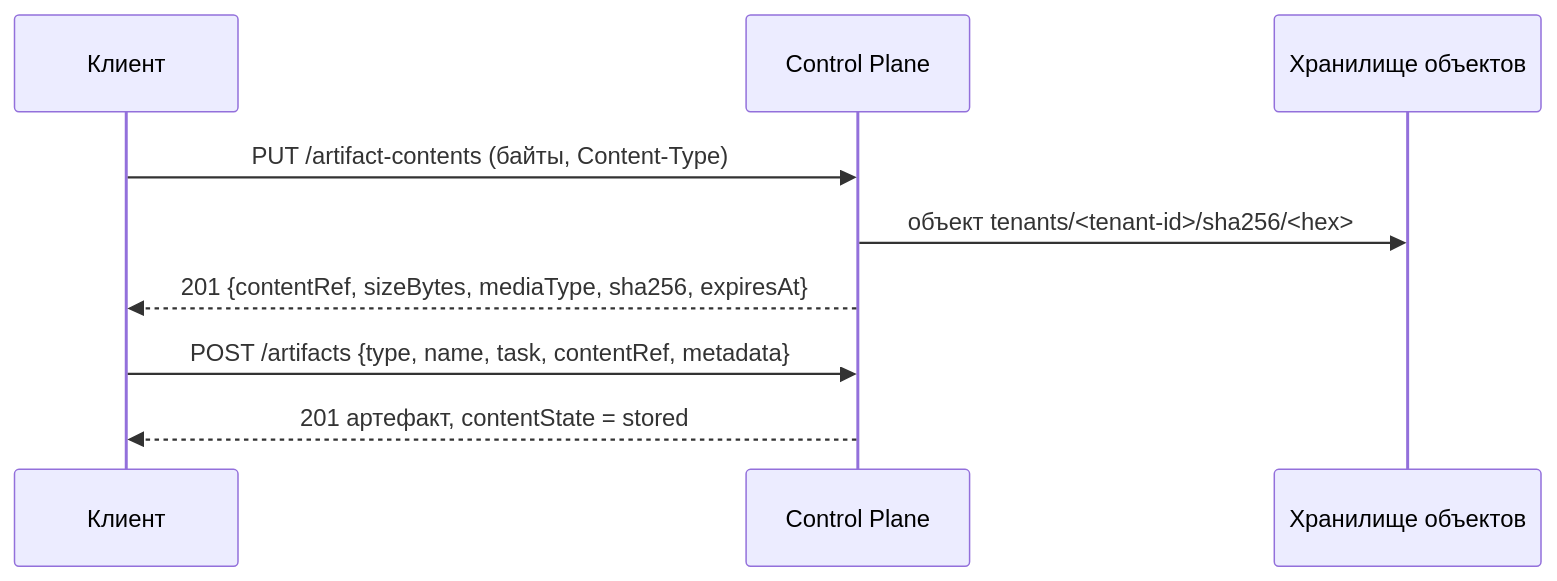
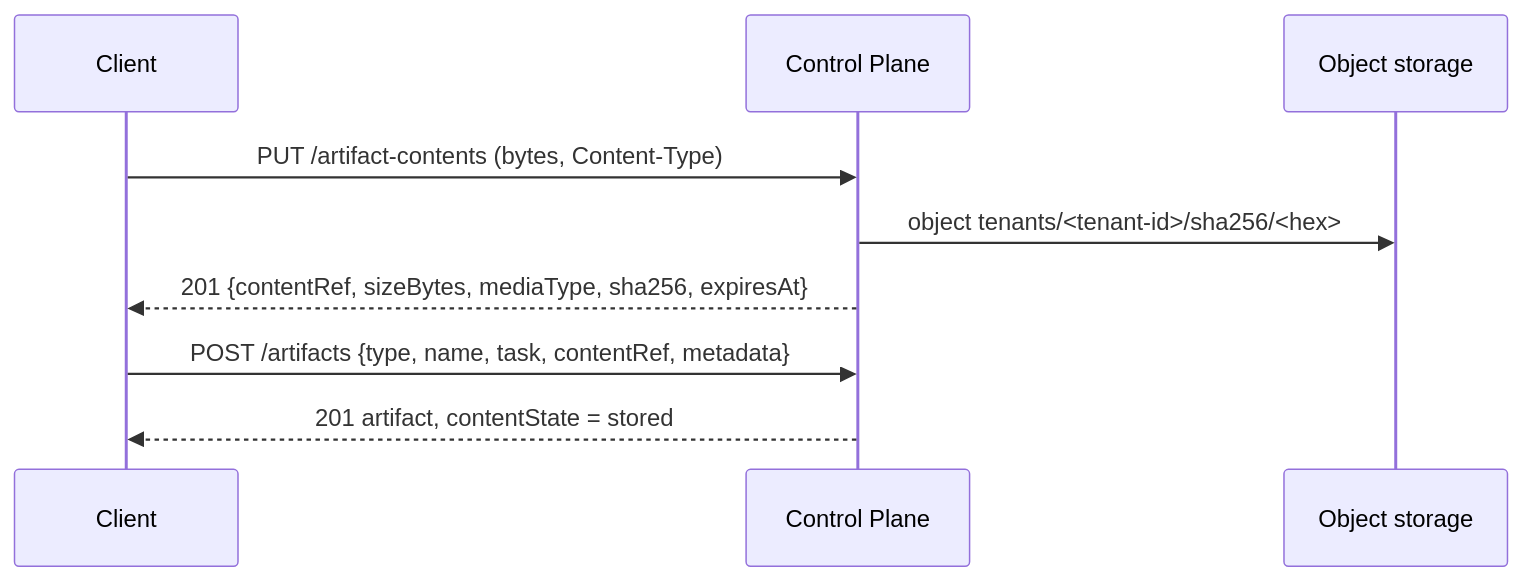
The second of 2 diagrams in guide/docs/control-plane/artifacts.md (monthu56/taimen), drawn with Mermaid before and after one commit. The commit also changed other lines of this file and 183 other files, not shown here.

````diff
--- a/guide/docs/control-plane/artifacts.md
+++ b/guide/docs/control-plane/artifacts.md
@@ -172,11 +177,11 @@
 ```mermaid
 sequenceDiagram
-    participant C as Клиент
+    participant C as Client
     participant CP as Control Plane
-    participant S as Хранилище объектов
-    C->>CP: PUT /artifact-contents (байты, Content-Type)
-    CP->>S: объект tenants/<tenant-id>/sha256/<hex>
+    participant S as Object storage
+    C->>CP: PUT /artifact-contents (bytes, Content-Type)
+    CP->>S: object tenants/<tenant-id>/sha256/<hex>
     CP-->>C: 201 {contentRef, sizeBytes, mediaType, sha256, expiresAt}
     C->>CP: POST /artifacts {type, name, task, contentRef, metadata}
-    CP-->>C: 201 артефакт, contentState = stored
+    CP-->>C: 201 artifact, contentState = stored
 ```
````
